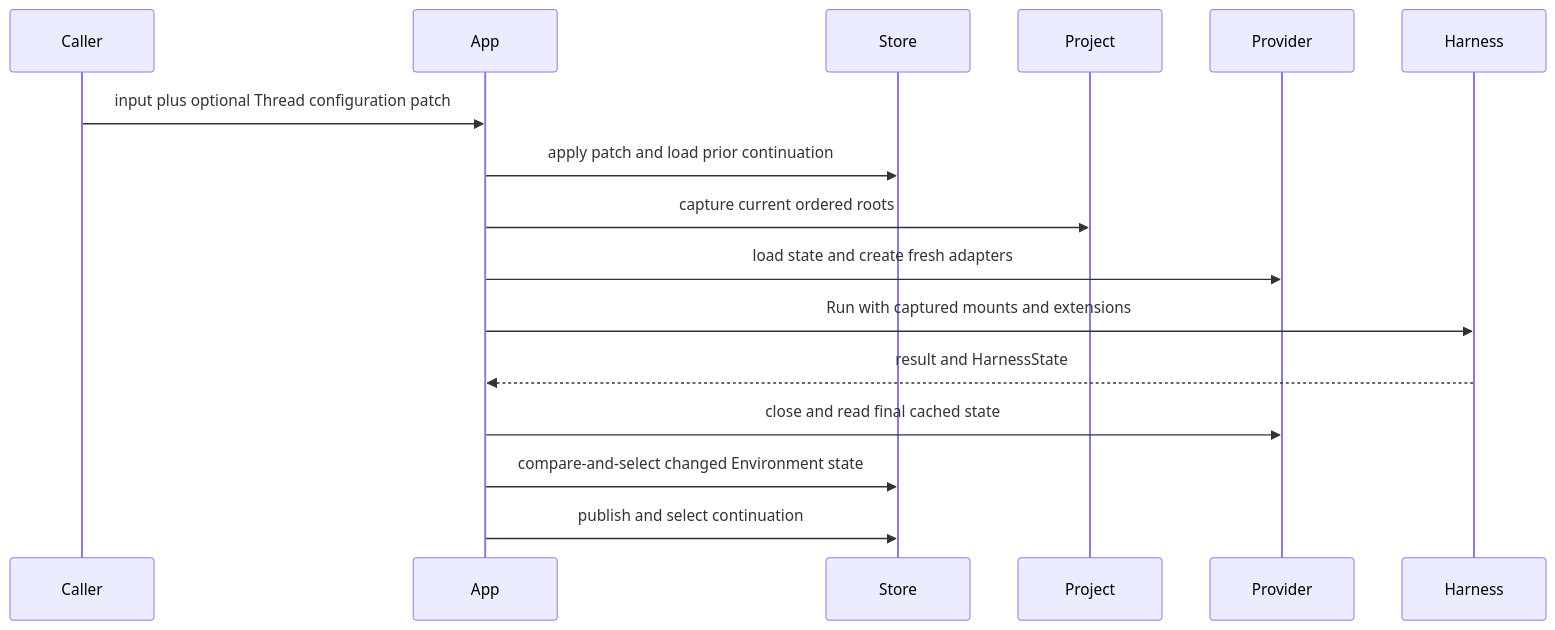
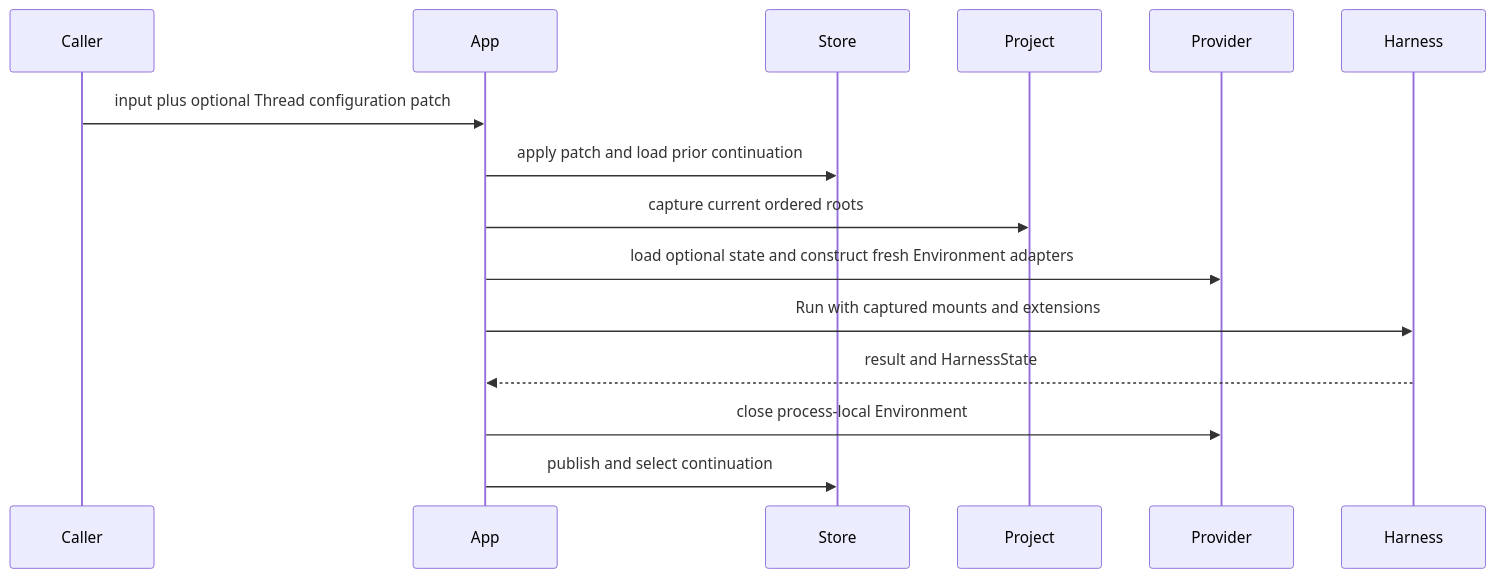
Before and after one commit to LTThreeComma/agent-foundation: the diagram in spec/agent-ui/04-projects-threads-and-environments.md, drawn with Mermaid. The commit also changed other lines of this file and 37 other files, not shown here.

Commit message:
Update repository architecture and development tooling

````diff
--- a/spec/agent-ui/04-projects-threads-and-environments.md
+++ b/spec/agent-ui/04-projects-threads-and-environments.md
@@ -205,19 +218,18 @@
 ```mermaid
 sequenceDiagram
     participant Caller
     participant App
     participant Store
     participant Project
     participant Provider
     participant Harness
 
     Caller->>App: input plus optional Thread configuration patch
     App->>Store: apply patch and load prior continuation
     App->>Project: capture current ordered roots
-    App->>Provider: load state and create fresh adapters
+    App->>Provider: load optional state and construct fresh Environment adapters
     App->>Harness: Run with captured mounts and extensions
     Harness-->>App: result and HarnessState
-    App->>Provider: close and read final cached state
-    App->>Store: compare-and-select changed Environment state
+    App->>Provider: close process-local Environment
     App->>Store: publish and select continuation
 ```
````
